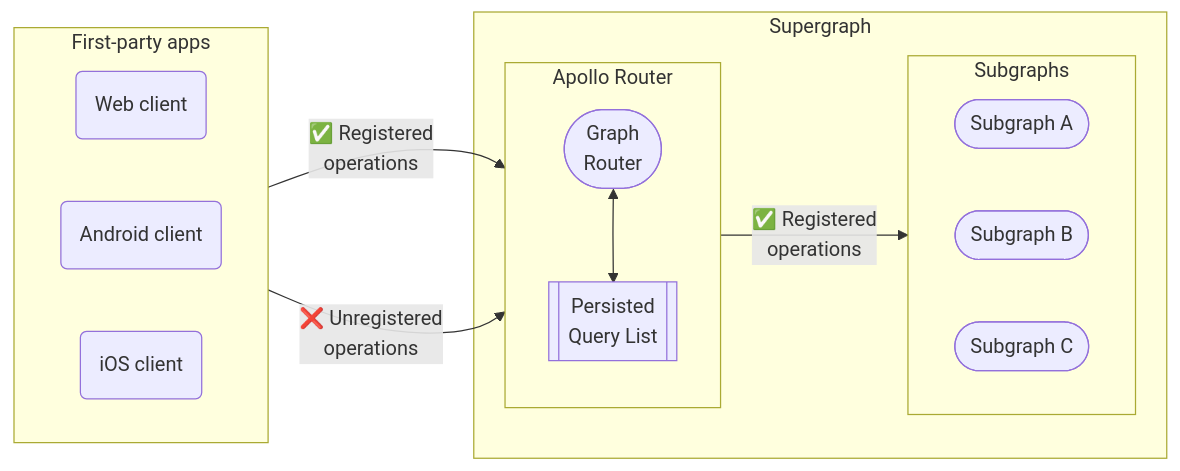
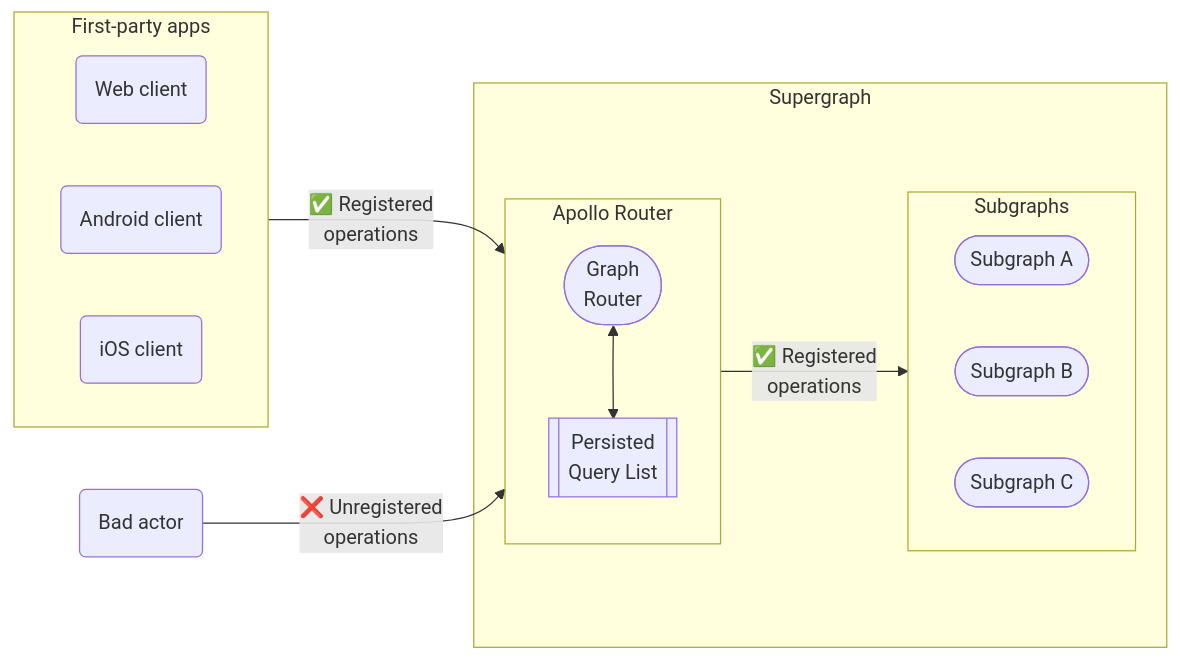
The second of 2 diagrams in src/content/shared/pq-intro.mdx (apollographql/docs), drawn with Mermaid before and after one commit. The commit also changed other lines of this file, not shown here.

Commit message:
Call out bad actor

````diff
--- a/src/content/shared/pq-intro.mdx
+++ b/src/content/shared/pq-intro.mdx
@@ -21,26 +21,29 @@
 ```mermaid
 flowchart LR
+
 subgraph Apps["First-party apps"]
-direction LR
-webClient("Web client");
-androidClient("Android client");
-iosClient("iOS client");
+  direction LR
+  webClient("Web client");
+  androidClient("Android client");
+  iosClient("iOS client");
 end
+bad("Bad actor")
 subgraph Supergraph["Supergraph"]
 subgraph Router["Apollo Router"]
 direction TB
 router(["Graph<br/>Router"]);
 pql[[Persisted<br/>Query List]];
 router <--> pql
 end
 subgraph Subgraphs
 direction LR
 api1(["Subgraph A"]);
 api2(["Subgraph B"]);
 api3(["Subgraph C"]);
 end
 end
 Apps -->|"✅ Registered<br/> operations"| Router
-Apps-->|"❌ Unregistered<br/> operations"| Router
+bad -->|"❌ Unregistered<br/> operations"| Router
 Router -->|"✅ Registered<br/> operations"| Subgraphs
+class bad secondary;
 ```
````
